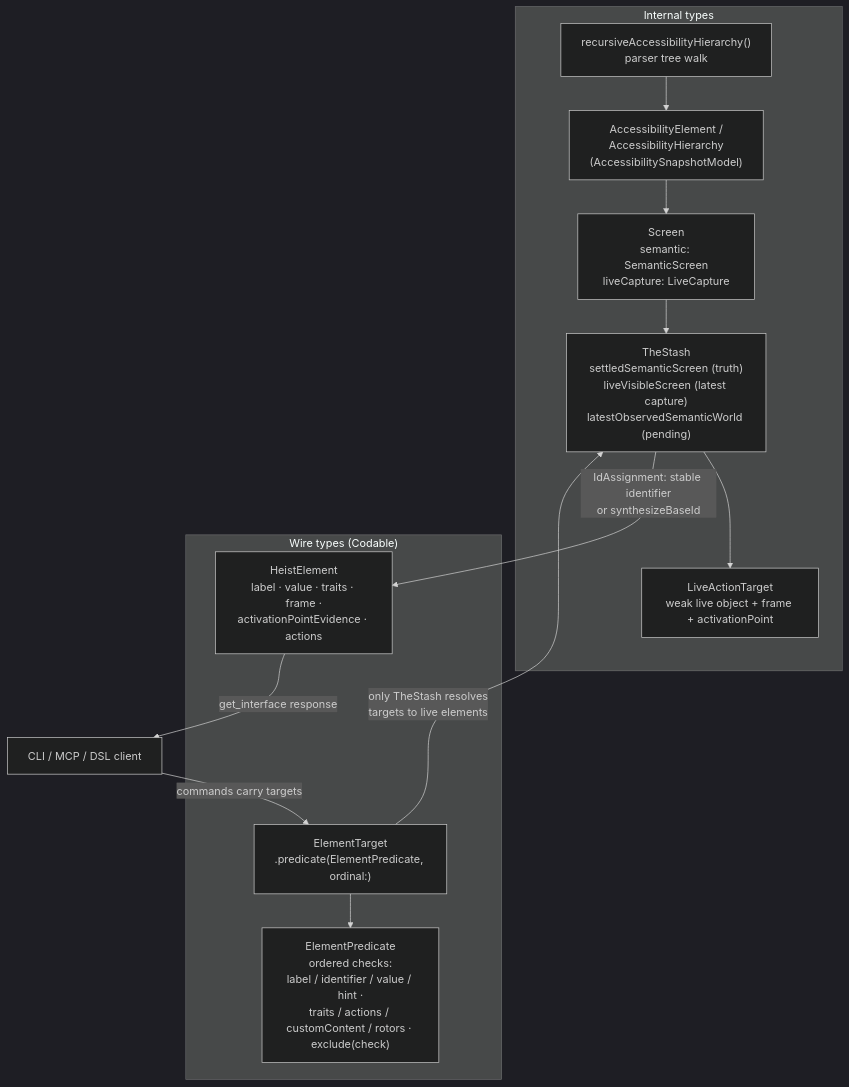
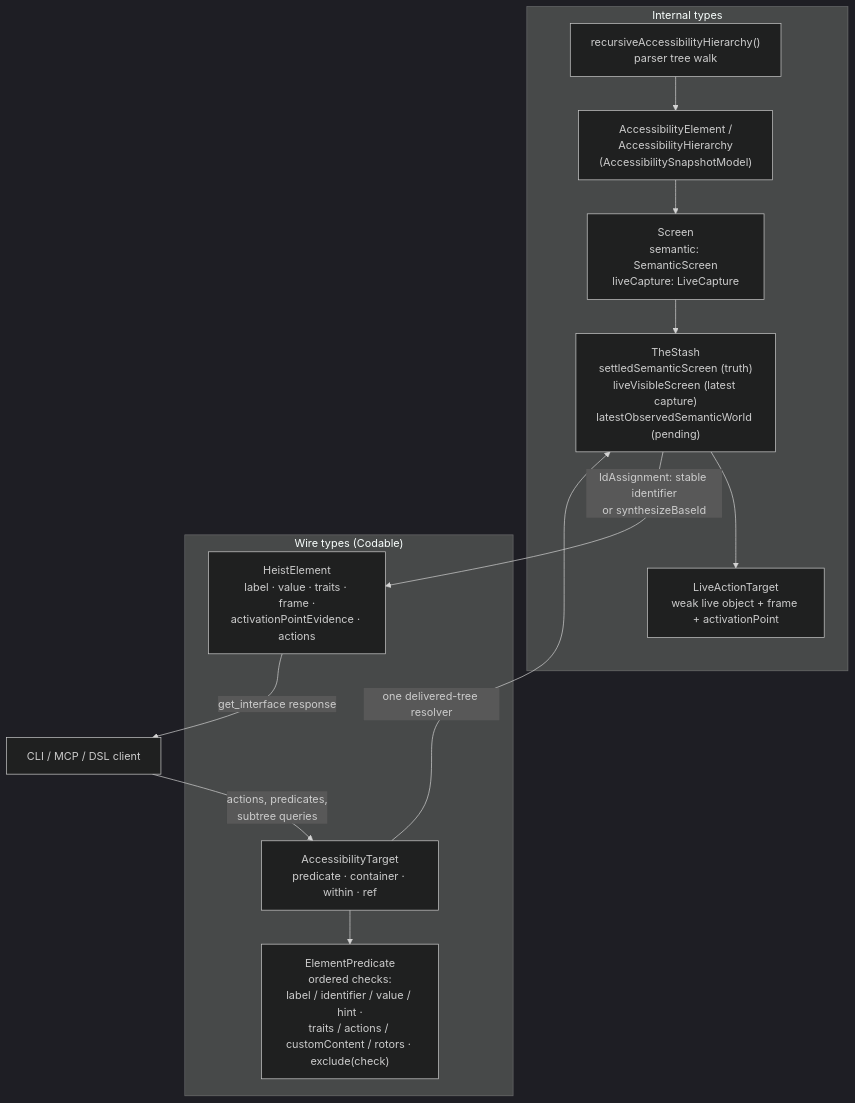
The diagram in docs/diagrams/currency-types.md (RoyalPineapple/TheButtonHeist), drawn with Mermaid (dark theme) before and after one commit. The commit also changed other lines of this file and 279 other files, not shown here.

Commit message:
Unify accessibility targets and observation facts

````diff
--- a/docs/diagrams/currency-types.md
+++ b/docs/diagrams/currency-types.md
@@ -8,29 +8,29 @@
 ```mermaid
 flowchart TD
     subgraph internal["Internal types"]
         WALK["recursiveAccessibilityHierarchy()<br/>parser tree walk"]
         AXE["AccessibilityElement /<br/>AccessibilityHierarchy<br/>(AccessibilitySnapshotModel)"]
         SCREEN["Screen<br/>semantic: SemanticScreen<br/>liveCapture: LiveCapture"]
         STASH["TheStash<br/>settledSemanticScreen (truth)<br/>liveVisibleScreen (latest capture)<br/>latestObservedSemanticWorld (pending)"]
         LIVET["LiveActionTarget<br/>weak live object + frame + activationPoint"]
         WALK --> AXE
         AXE --> SCREEN
         SCREEN --> STASH
         STASH --> LIVET
     end
 
     subgraph wireTypes["Wire types (Codable)"]
         HE["HeistElement<br/>label · value · traits · frame ·<br/>activationPointEvidence · actions"]
-        ET["ElementTarget<br/>.predicate(ElementPredicate, ordinal:)"]
+        ET["AccessibilityTarget<br/>predicate · container · within · ref"]
         EP["ElementPredicate<br/>ordered checks:<br/>label / identifier / value / hint ·<br/>traits / actions / customContent / rotors · exclude(check)"]
         HE ~~~ ET
         ET --> EP
     end
 
     CLIENT["CLI / MCP / DSL client"]
 
     STASH -- "IdAssignment: stable identifier<br/>or synthesizeBaseId" --> HE
     HE -- "get_interface response" --> CLIENT
-    CLIENT -- "commands carry targets" --> ET
-    ET -- "only TheStash resolves<br/>targets to live elements" --> STASH
+    CLIENT -- "actions, predicates,<br/>subtree queries" --> ET
+    ET -- "one delivered-tree resolver" --> STASH
 ```
````
